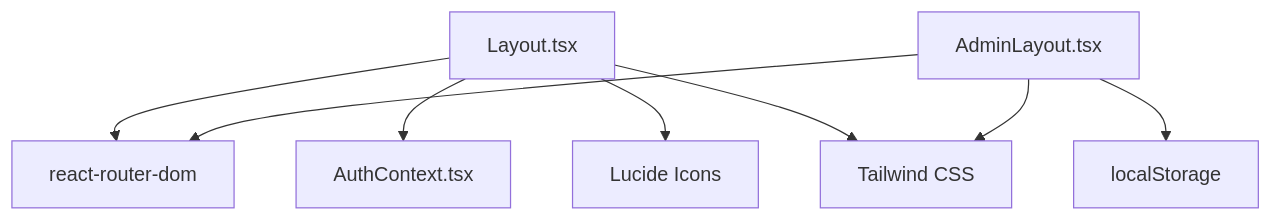
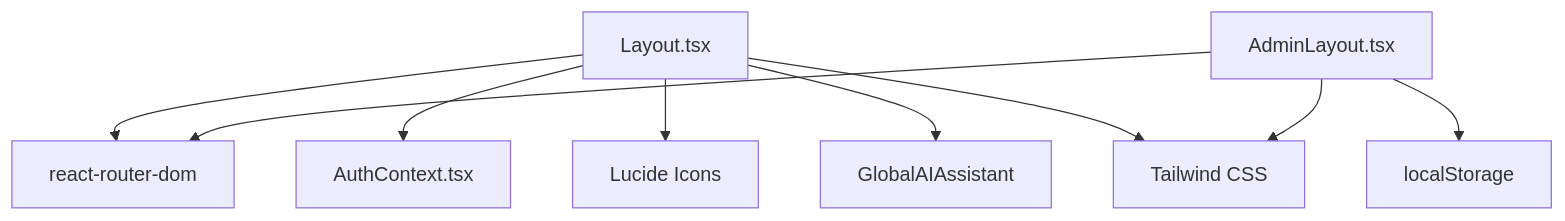
One commit to NaveenHiranya/Smart-Vehicle-Insurance-Claim-System changed the sixth of 6 diagrams in .qoder/repowiki/en/content/Frontend Documentation/Components Library/Layout Components.md. Above: the diagram before and after it, drawn with Mermaid. The commit also changed other lines of this file and 31 other files, not shown here.

````diff
--- a/.qoder/repowiki/en/content/Frontend Documentation/Components Library/Layout Components.md
+++ b/.qoder/repowiki/en/content/Frontend Documentation/Components Library/Layout Components.md
@@ -230,10 +251,11 @@
 ```mermaid
 graph TB
 L["Layout.tsx"] --> AR["react-router-dom"]
 L --> AC["AuthContext.tsx"]
 L --> I["Lucide Icons"]
+L --> GAIA["GlobalAIAssistant"]
 AL["AdminLayout.tsx"] --> AR
 AL --> LS["localStorage"]
 L --> T["Tailwind CSS"]
 AL --> T
 ```
````
